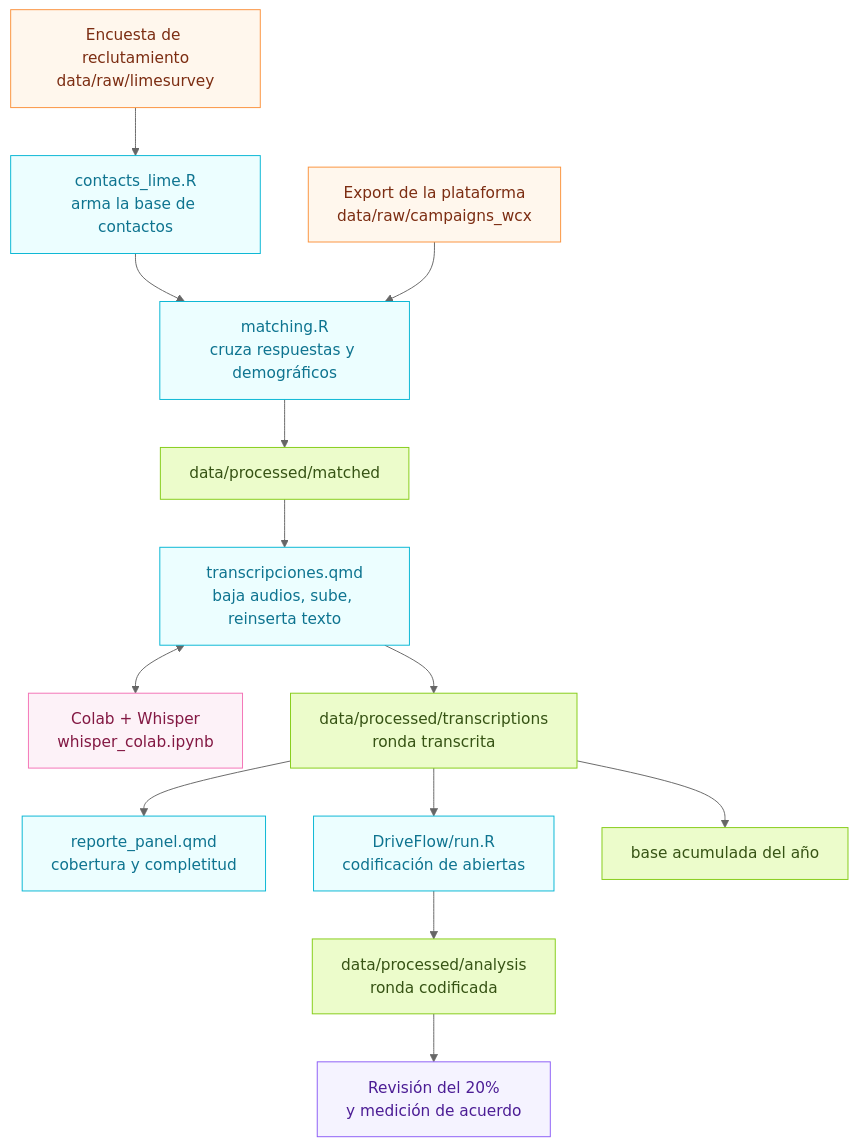
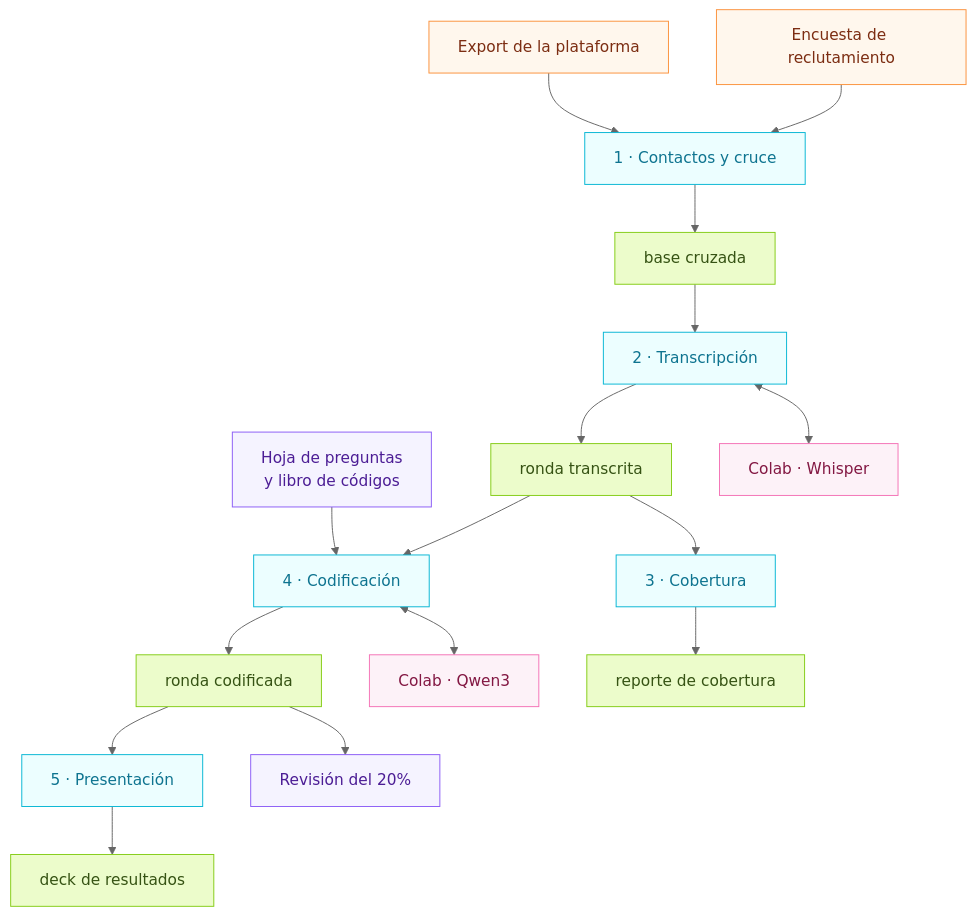
One commit to elinagomez/panel_IJD changed the first of 2 diagrams in README.md. Above: the diagram before and after it, drawn with Mermaid (neutral theme). The commit also changed other lines of this file and 1 other file, not shown here.

````diff
--- a/README.md
+++ b/README.md
@@ -20,35 +20,38 @@
 ```mermaid
 flowchart TB
   classDef entrada fill:#FFF7ED,stroke:#FB923C,color:#7C2D12;
   classDef proceso fill:#ECFEFF,stroke:#06B6D4,color:#0E7490;
   classDef salida fill:#ECFCCB,stroke:#84CC16,color:#365314;
   classDef externo fill:#FDF2F8,stroke:#F472B6,color:#831843;
   classDef humano fill:#F5F3FF,stroke:#8B5CF6,color:#4C1D95;
 
-  EXPORT["Export de la plataforma<br/>data/raw/campaigns_wcx"]:::entrada
-  BASE["Encuesta de reclutamiento<br/>data/raw/limesurvey"]:::entrada
+  EXPORT["Export de la plataforma"]:::entrada
+  BASE["Encuesta de reclutamiento"]:::entrada
+  LIBRO["Hoja de preguntas<br/>y libro de códigos"]:::humano
 
-  CONT["contacts_lime.R<br/>arma la base de contactos"]:::proceso
-  MATCH["matching.R<br/>cruza respuestas y demográficos"]:::proceso
-  MATCHED["data/processed/matched"]:::salida
+  P1["1 · Contactos y cruce"]:::proceso
+  P2["2 · Transcripción"]:::proceso
+  COLAB1["Colab · Whisper"]:::externo
+  P3["3 · Cobertura"]:::proceso
+  P4["4 · Codificación"]:::proceso
+  COLAB2["Colab · Qwen3"]:::externo
+  QA["Revisión del 20%"]:::humano
+  P5["5 · Presentación"]:::proceso
 
-  TRANS["transcripciones.qmd<br/>baja audios, sube, reinserta texto"]:::proceso
-  COLAB["Colab + Whisper<br/>whisper_colab.ipynb"]:::externo
-  TOUT["data/processed/transcriptions<br/>ronda transcrita"]:::salida
+  OUT1["base cruzada"]:::salida
+  OUT2["ronda transcrita"]:::salida
+  OUT3["reporte de cobertura"]:::salida
+  OUT4["ronda codificada"]:::salida
+  OUT5["deck de resultados"]:::salida
 
-  REP["reporte_panel.qmd<br/>cobertura y completitud"]:::proceso
-  COD["DriveFlow/run.R<br/>codificación de abiertas"]:::proceso
-  QA["Revisión del 20%<br/>y medición de acuerdo"]:::humano
-  FIN["data/processed/analysis<br/>ronda codificada"]:::salida
-  ACUM["base acumulada del año"]:::salida
-
-  BASE --> CONT --> MATCH
-  EXPORT --> MATCH --> MATCHED
-  MATCHED --> TRANS
-  TRANS <--> COLAB
-  TRANS --> TOUT
-  TOUT --> REP
-  TOUT --> COD --> FIN
-  FIN --> QA
-  TOUT --> ACUM
+  BASE --> P1
+  EXPORT --> P1 --> OUT1 --> P2
+  P2 <--> COLAB1
+  P2 --> OUT2
+  OUT2 --> P3 --> OUT3
+  OUT2 --> P4
+  LIBRO --> P4
+  P4 <--> COLAB2
+  P4 --> OUT4 --> QA
+  OUT4 --> P5 --> OUT5
 ```
````
